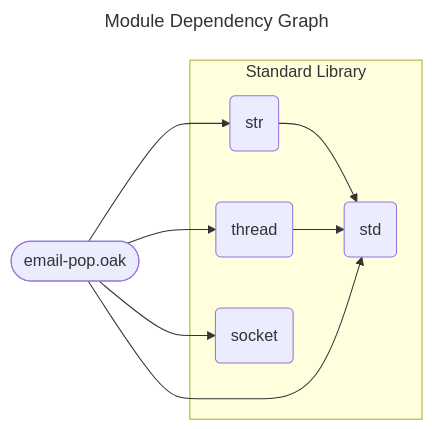
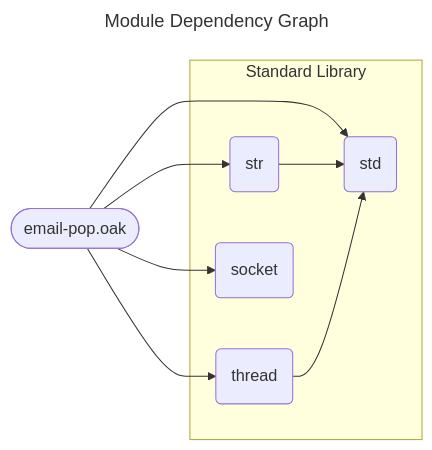
Before and after one commit to SpcFORK/magnolia: the diagram in docs/spec/email-pop.mmd, drawn with Mermaid. The commit also changed other lines of this file and 150 other files, not shown here.

First line of the commit message:
Refactor module dependency graphs and enhance Go code generation

```diff
--- a/docs/spec/email-pop.mmd
+++ b/docs/spec/email-pop.mmd
@@ -1,17 +1,17 @@
 ---
 title: Module Dependency Graph
 ---
 flowchart LR
     lib_email_pop_oak(["email-pop.oak"])
     subgraph stdlib_core ["Standard Library"]
         std("std")
         str("str")
         thread("thread")
         socket("socket")
     end
-    str --> std
-    thread --> std
     lib_email_pop_oak --> std
     lib_email_pop_oak --> str
     lib_email_pop_oak --> thread
     lib_email_pop_oak --> socket
+    str --> std
+    thread --> std
```
